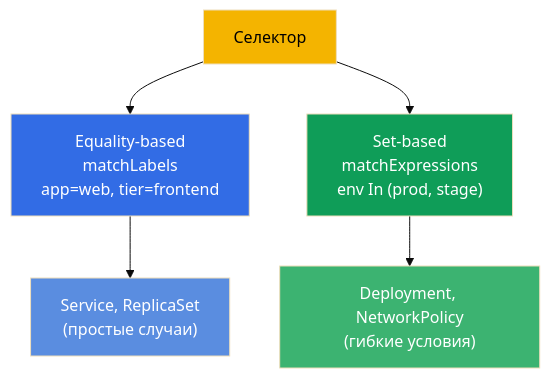
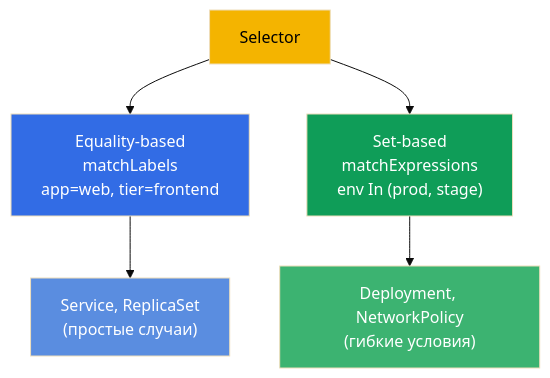
Before and after one commit to ViktorUJ/cks: the fifth of 5 diagrams in tasks/cka/course/06/ru.md, drawn with Mermaid (base theme). The commit also changed other lines of this file and 15 other files, not shown here.

````diff
--- a/tasks/cka/course/06/ru.md
+++ b/tasks/cka/course/06/ru.md
@@ -230,13 +242,13 @@
 ```mermaid
 flowchart TB
-    sel["Селектор"]
+    sel["Selector"]
     sel --> eq["Equality-based<br>matchLabels<br>app=web, tier=frontend"]
     sel --> set["Set-based<br>matchExpressions<br>env In (prod, stage)"]
     eq --> use1["Service, ReplicaSet<br>(простые случаи)"]
     set --> use2["Deployment, NetworkPolicy<br>(гибкие условия)"]
     style sel fill:#f4b400,color:#000
     style eq fill:#326ce5,color:#fff
     style set fill:#0f9d58,color:#fff
     style use1 fill:#5a8de0,color:#fff
     style use2 fill:#3cb371,color:#fff
 ```
````
